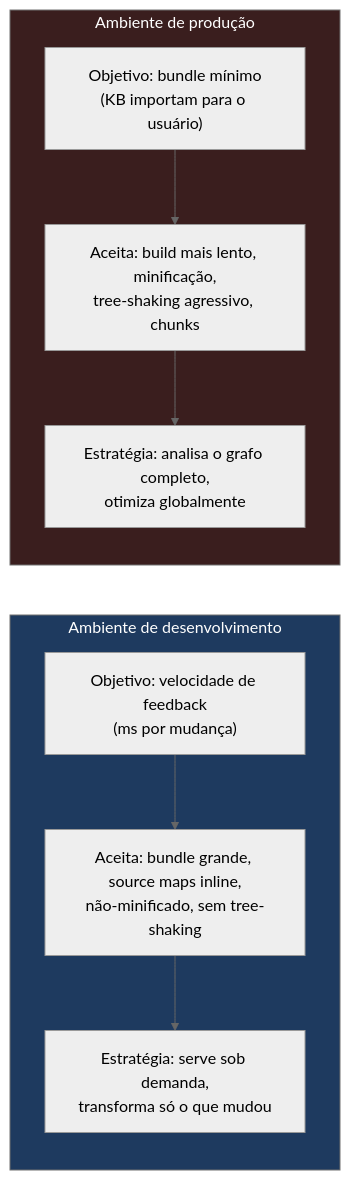
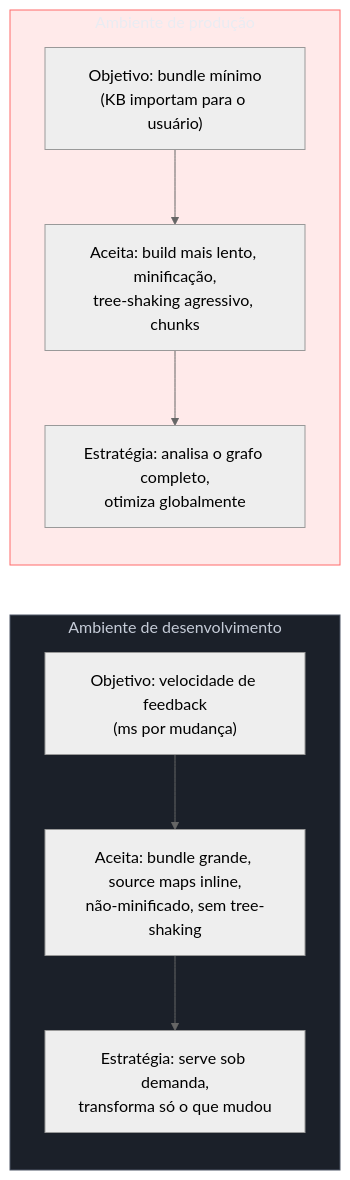
Before and after one commit to josenaldo/codex-technomanticus: the first of 9 diagrams in 03-Dominios/Tecnologia/Tooling e Build/09 - Dev server e HMR.md, drawn with Mermaid (neutral theme). The commit also changed other lines of this file and 1181 other files, not shown here.

First line of the commit message:
fix(diagramas): paleta do sistema no lugar de cor cravada no markdown

````diff
--- a/03-Dominios/Tecnologia/Tooling e Build/09 - Dev server e HMR.md
+++ b/03-Dominios/Tecnologia/Tooling e Build/09 - Dev server e HMR.md
@@ -32,19 +32,21 @@
 ```mermaid
 graph LR
+    classDef neutro fill:#1B2029,stroke:#4E5666,color:#C6CCD8
+    classDef falha fill:#FF6B6B24,stroke:#FF6B6B,color:#E9ECF2
     subgraph DEV["Ambiente de desenvolvimento"]
         D1["Objetivo: velocidade de feedback\n(ms por mudança)"]
         D2["Aceita: bundle grande, source maps inline,\nnão-minificado, sem tree-shaking"]
         D3["Estratégia: serve sob demanda,\ntransforma só o que mudou"]
         D1 --> D2 --> D3
     end
 
     subgraph PROD["Ambiente de produção"]
         P1["Objetivo: bundle mínimo\n(KB importam para o usuário)"]
         P2["Aceita: build mais lento, minificação,\ntree-shaking agressivo, chunks"]
         P3["Estratégia: analisa o grafo completo,\notimiza globalmente"]
         P1 --> P2 --> P3
     end
 
-    style DEV fill:#1e3a5f,color:#fff
-    style PROD fill:#3a1e1e,color:#fff
+    class DEV neutro
+    class PROD falha
 ```
````
